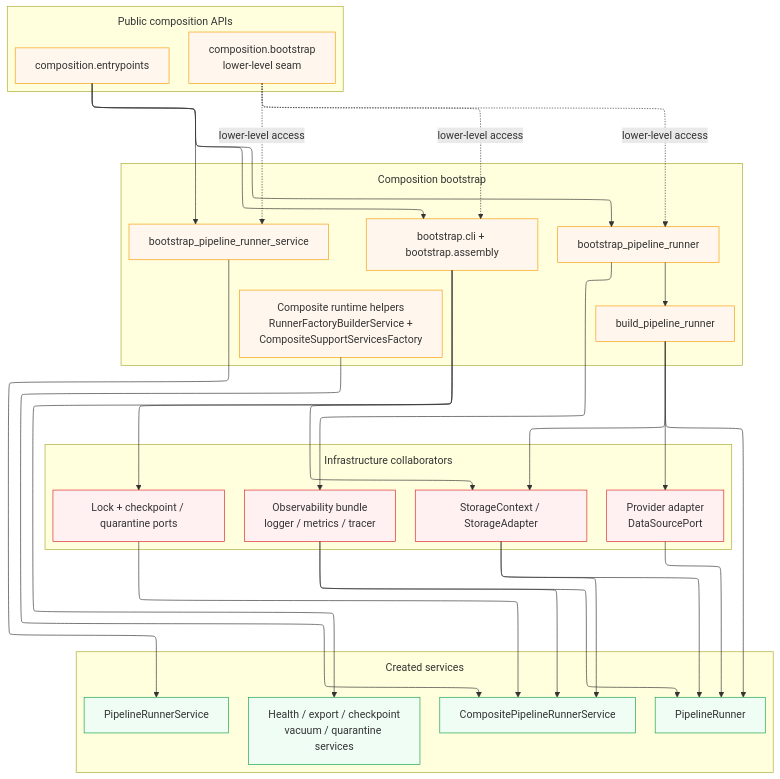
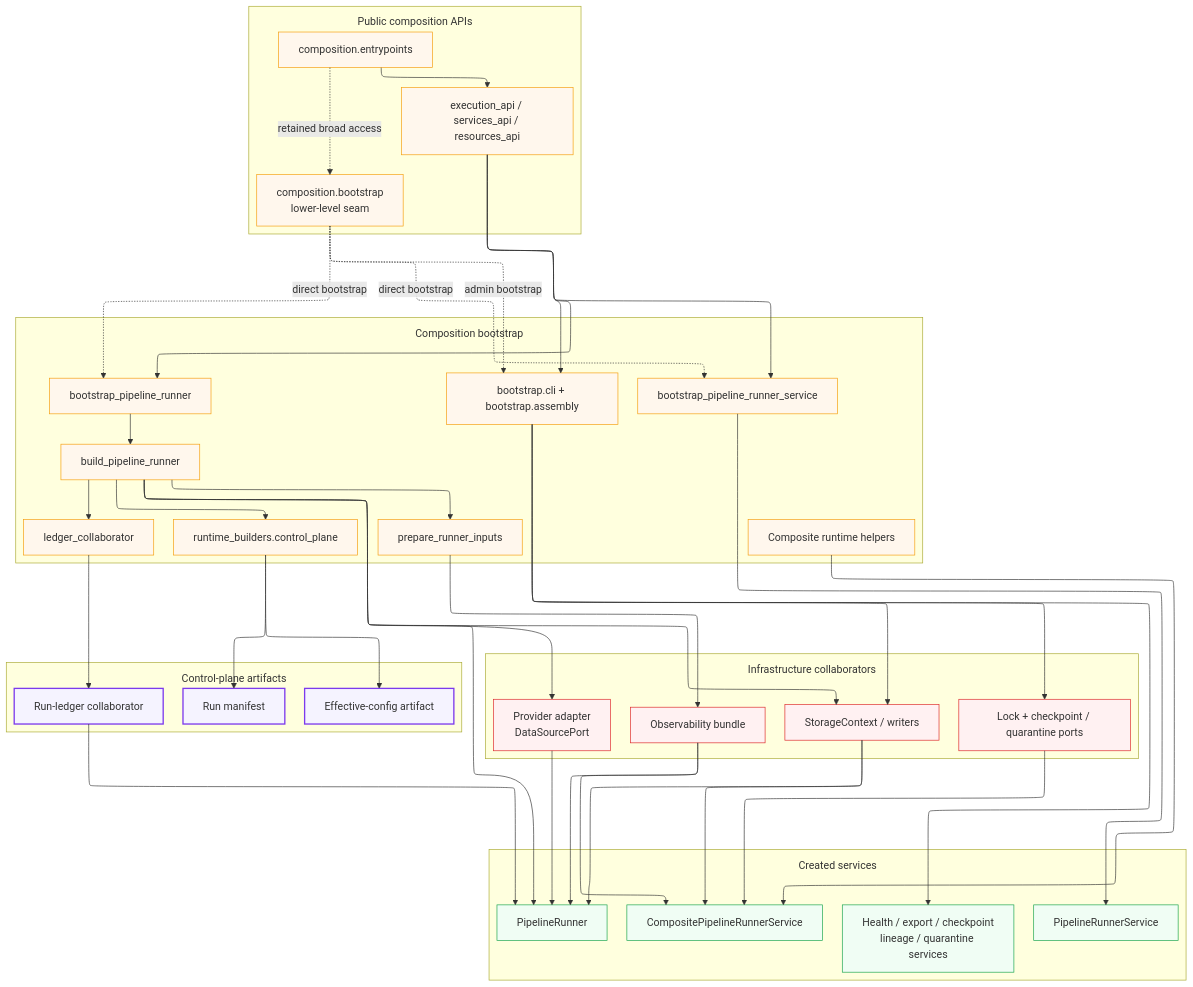
Before and after one commit to SatoryKono/BioactivityDataAcquisition: the diagram in docs/02-architecture/diagrams/architecture/12b-bootstrap-wiring.mmd, drawn with Mermaid. The commit also changed 33 other files, not shown here.

First line of the commit message:
Add control-plane diagram; update bootstrap

```diff
--- a/docs/02-architecture/diagrams/architecture/12b-bootstrap-wiring.mmd
+++ b/docs/02-architecture/diagrams/architecture/12b-bootstrap-wiring.mmd
@@ -1,85 +1,106 @@
-%% BioETL — Bootstrap: Runtime and Admin Wiring
-%% Covers how current entrypoints/bootstrap seams expose runtime and admin assembly outputs.
+%% BioETL — Bootstrap: Runtime, Control-Plane, and Admin Wiring
+%% Covers how current entrypoints/bootstrap seams expose runtime, control-plane, and admin assembly outputs.
 
-%% @version 1.3.0
-%% @date    2026-03-24
+%% @version 1.4.0
+%% @date    2026-03-28
 %% @type    flowchart
 %% @level   System / Component
 %% @view    bootstrap-wiring
 %% @parent  12-bootstrap-di-container.mmd
-%% @nodes   19
+%% @nodes   23
 %% @uniform width=400 height=56 max_title_len=34 max_desc_lines=2
 
 %%{init: {
   'flowchart': {
     'subGraphTitleMargin': { 'top': 12, 'bottom': 12 }
   },
   'layout': 'elk',
   'elk': {
     'mergeEdges': true,
     'nodePlacementStrategy': 'BRANDES_KOEPF',
     'edgeRouting': 'ORTHOGONAL'
   }
 }}%%
 graph TB
     subgraph Public["Public composition APIs"]
         ENTRY["composition.entrypoints"]:::size-sm
+        APIS["execution_api / services_api / resources_api"]:::size-sm
         BOOT["composition.bootstrap<br/>lower-level seam"]:::size-sm
     end
 
     subgraph Composition["Composition bootstrap"]
         BPR["bootstrap_pipeline_runner"]:::size-sm
         BPS["bootstrap_pipeline_runner_service"]:::size-sm
         BUILDER["build_pipeline_runner"]:::size-sm
+        INPUTS["prepare_runner_inputs"]:::size-sm
+        CTRL["runtime_builders.control_plane"]:::size-sm
+        LCOL["ledger_collaborator"]:::size-sm
         SUPPORT["bootstrap.cli + bootstrap.assembly"]:::size-sm
-        CH["Composite runtime helpers<br/>RunnerFactoryBuilderService +<br/>CompositeSupportServicesFactory"]:::size-sm
+        CH["Composite runtime helpers"]:::size-sm
     end
 
     subgraph Infrastructure["Infrastructure collaborators"]
         ADAPTER["Provider adapter<br/>DataSourcePort"]:::size-sm
-        STORAGE["StorageContext / StorageAdapter"]:::size-sm
-        OBS["Observability bundle<br/>logger / metrics / tracer"]:::size-sm
-        LOCK["Lock + checkpoint / quarantine ports"]:::size-sm
+        STORAGE["StorageContext / writers"]:::size-sm
+        OBS["Observability bundle"]:::size-sm
+        STATE["Lock + checkpoint / quarantine ports"]:::size-sm
     end
 
     subgraph Application["Created services"]
         PRUN["PipelineRunner"]:::size-sm
         PSVC["PipelineRunnerService"]:::size-sm
         CRUN["CompositePipelineRunnerService"]:::size-sm
-        ADM["Health / export / checkpoint<br/>vacuum / quarantine services"]:::size-sm
+        ADM["Health / export / checkpoint<br/>lineage / quarantine services"]:::size-sm
     end
 
-    ENTRY --> BPR
-    ENTRY --> BPS
-    ENTRY --> SUPPORT
-    BOOT -.->|"lower-level access"| BPR
-    BOOT -.->|"lower-level access"| BPS
-    BOOT -.->|"lower-level access"| SUPPORT
+    subgraph Artifacts["Control-plane artifacts"]
+        MAN["Run manifest"]:::size-sm
+        ECFG["Effective-config artifact"]:::size-sm
+        LED["Run-ledger collaborator"]:::size-sm
+    end
+
+    ENTRY --> APIS
+    ENTRY -.->|"retained broad access"| BOOT
+    APIS --> BPR
+    APIS --> BPS
+    APIS --> SUPPORT
+    BOOT -.->|"direct bootstrap"| BPR
+    BOOT -.->|"direct bootstrap"| BPS
+    BOOT -.->|"admin bootstrap"| SUPPORT
 
     BPR --> BUILDER
-    BPR --> OBS
+    BUILDER --> INPUTS
+    BUILDER --> CTRL
+    BUILDER --> LCOL
     BPS --> PSVC
     SUPPORT --> STORAGE
-    SUPPORT --> LOCK
+    SUPPORT --> STATE
     SUPPORT --> ADM
     CH --> CRUN
 
+    INPUTS --> OBS
     BUILDER --> ADAPTER
     BUILDER --> STORAGE
     BUILDER --> PRUN
+    CTRL --> MAN
+    CTRL --> ECFG
+    LCOL --> LED
 
     ADAPTER --> PRUN
     STORAGE --> PRUN
     OBS --> PRUN
+    LED --> PRUN
     STORAGE --> CRUN
-    LOCK --> CRUN
+    STATE --> CRUN
     OBS --> CRUN
 
     classDef comp fill:#fff7ed,stroke:#f59e0b
     classDef infra fill:#fff1f2,stroke:#dc2626
     classDef app fill:#f0fdf4,stroke:#16a34a
+    classDef artifact fill:#f5f3ff,stroke:#7c3aed,stroke-width:2px
 
-    class ENTRY,BOOT comp
-    class BPR,BPS,BUILDER,SUPPORT,CH comp
-    class ADAPTER,STORAGE,OBS,LOCK infra
+    class ENTRY,APIS,BOOT comp
+    class BPR,BPS,BUILDER,INPUTS,CTRL,LCOL,SUPPORT,CH comp
+    class ADAPTER,STORAGE,OBS,STATE infra
     class PRUN,PSVC,CRUN,ADM app
+    class MAN,ECFG,LED artifact
```
